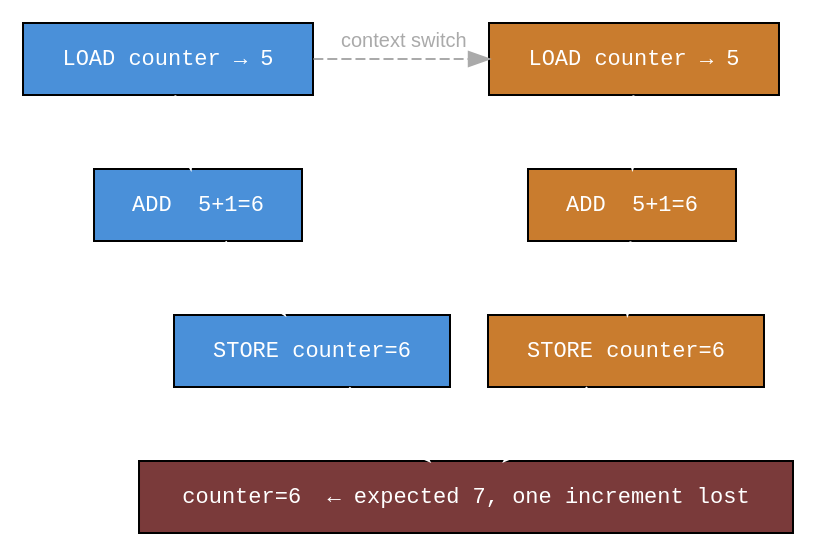
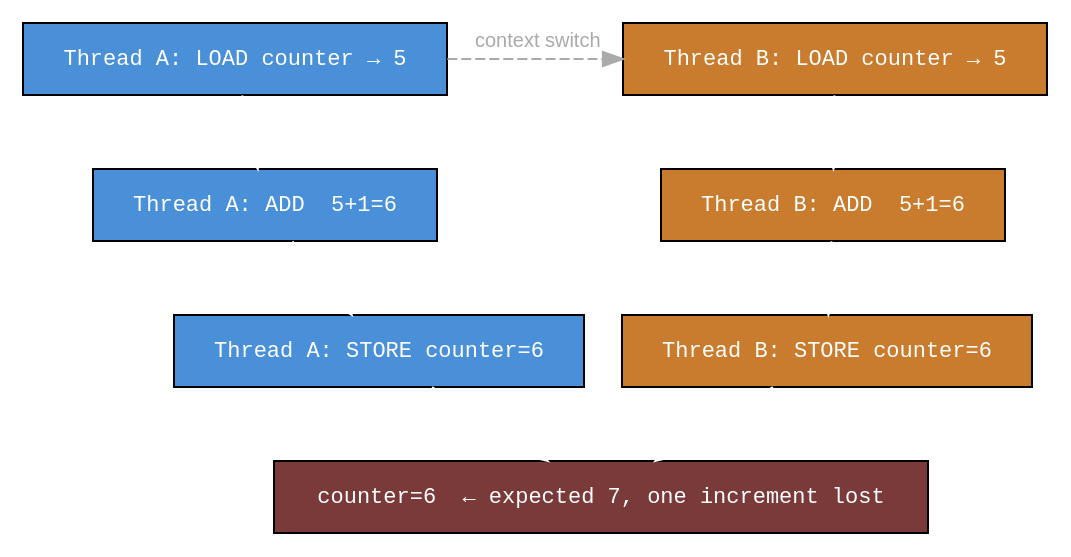
One commit to symentispl/java-concurrency-primer changed the fourth of 4 diagrams in slides/src/main/slides/index.adoc. Above: the diagram before and after it, drawn with Graphviz. The commit also changed other lines of this file, not shown here.

Commit message:
fix: restore thread labels in diagram and add synchronized(this) shorthand bullet

```diff
--- a/slides/src/main/slides/index.adoc
+++ b/slides/src/main/slides/index.adoc
@@ -341,30 +341,30 @@
 [graphviz]
 ----
 digraph interleave {
     rankdir=TB
     node [shape=rect, style=filled, fontname="monospace", fontsize=11, margin="0.25,0.15"]
     edge [color=white, fontcolor="#cccccc", fontname="sans-serif", fontsize=10]
 
-    A1 [label="LOAD counter → 5",  fillcolor="#4a90d9", fontcolor=white]
-    A2 [label="ADD  5+1=6",        fillcolor="#4a90d9", fontcolor=white]
-    A3 [label="STORE counter=6",   fillcolor="#4a90d9", fontcolor=white]
+    A1 [label="Thread A: LOAD counter → 5",  fillcolor="#4a90d9", fontcolor=white]
+    A2 [label="Thread A: ADD  5+1=6",        fillcolor="#4a90d9", fontcolor=white]
+    A3 [label="Thread A: STORE counter=6",   fillcolor="#4a90d9", fontcolor=white]
 
-    B1 [label="LOAD counter → 5",  fillcolor="#c97c2e", fontcolor=white]
-    B2 [label="ADD  5+1=6",        fillcolor="#c97c2e", fontcolor=white]
-    B3 [label="STORE counter=6",   fillcolor="#c97c2e", fontcolor=white]
+    B1 [label="Thread B: LOAD counter → 5",  fillcolor="#c97c2e", fontcolor=white]
+    B2 [label="Thread B: ADD  5+1=6",        fillcolor="#c97c2e", fontcolor=white]
+    B3 [label="Thread B: STORE counter=6",   fillcolor="#c97c2e", fontcolor=white]
 
     R  [label="counter=6  ← expected 7, one increment lost", fillcolor="#7a3a3a", fontcolor=white]
 
     A1 -> A2 -> A3
     B1 -> B2 -> B3
 
     { rank=same; A1; B1 }
     { rank=same; A2; B2 }
     { rank=same; A3; B3 }
 
     A1 -> B1 [style=dashed, color="#aaaaaa", fontcolor="#aaaaaa", label="  context switch"]
 
     A3 -> R
     B3 -> R
 }
 ----
```
